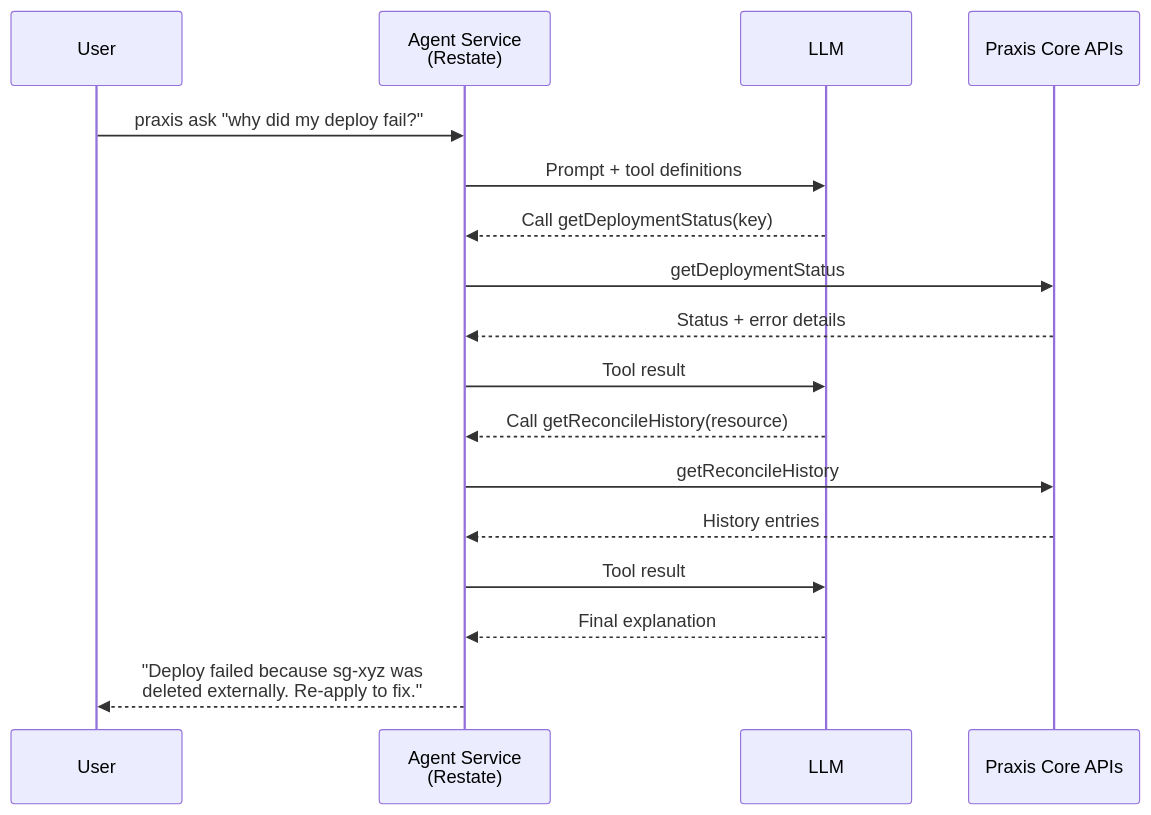
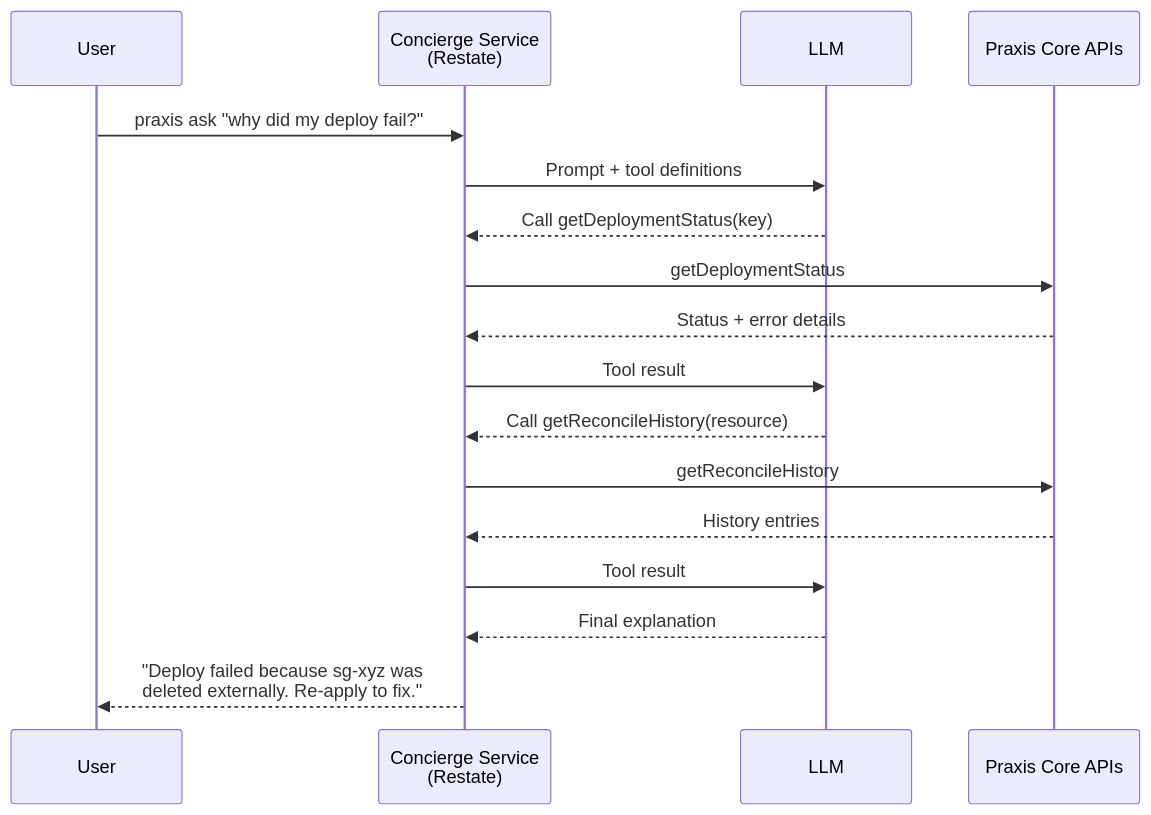
Before and after one commit to shirvan/praxis: the first of 2 diagrams in FUTURE.md, drawn with Mermaid. The commit also changed other lines of this file and 144 other files, not shown here.

````diff
--- a/FUTURE.md
+++ b/FUTURE.md
@@ -29,20 +29,20 @@
 ```mermaid
 sequenceDiagram
     participant User
-    participant Agent as Agent Service<br/>(Restate)
+    participant Concierge as Concierge Service<br/>(Restate)
     participant LLM
     participant API as Praxis Core APIs
 
-    User->>Agent: praxis ask "why did my deploy fail?"
-    Agent->>LLM: Prompt + tool definitions
-    LLM-->>Agent: Call getDeploymentStatus(key)
-    Agent->>API: getDeploymentStatus
-    API-->>Agent: Status + error details
-    Agent->>LLM: Tool result
-    LLM-->>Agent: Call getReconcileHistory(resource)
-    Agent->>API: getReconcileHistory
-    API-->>Agent: History entries
-    Agent->>LLM: Tool result
-    LLM-->>Agent: Final explanation
-    Agent-->>User: "Deploy failed because sg-xyz was<br/>deleted externally. Re-apply to fix."
+    User->>Concierge: praxis ask "why did my deploy fail?"
+    Concierge->>LLM: Prompt + tool definitions
+    LLM-->>Concierge: Call getDeploymentStatus(key)
+    Concierge->>API: getDeploymentStatus
+    API-->>Concierge: Status + error details
+    Concierge->>LLM: Tool result
+    LLM-->>Concierge: Call getReconcileHistory(resource)
+    Concierge->>API: getReconcileHistory
+    API-->>Concierge: History entries
+    Concierge->>LLM: Tool result
+    LLM-->>Concierge: Final explanation
+    Concierge-->>User: "Deploy failed because sg-xyz was<br/>deleted externally. Re-apply to fix."
 ```
````
